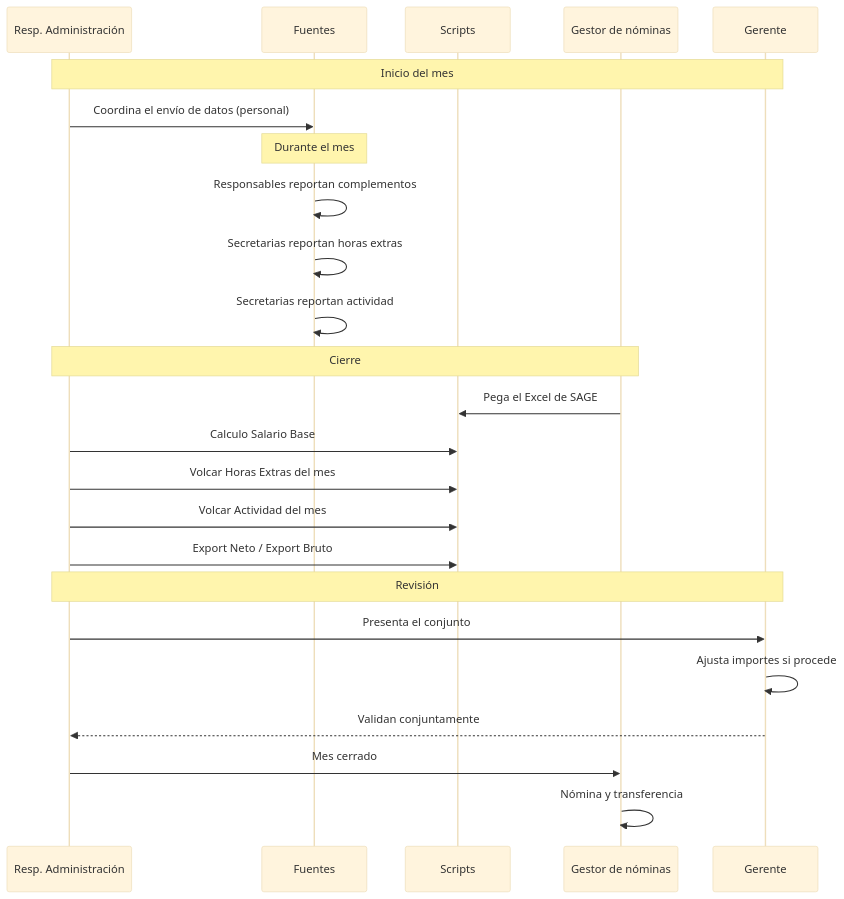
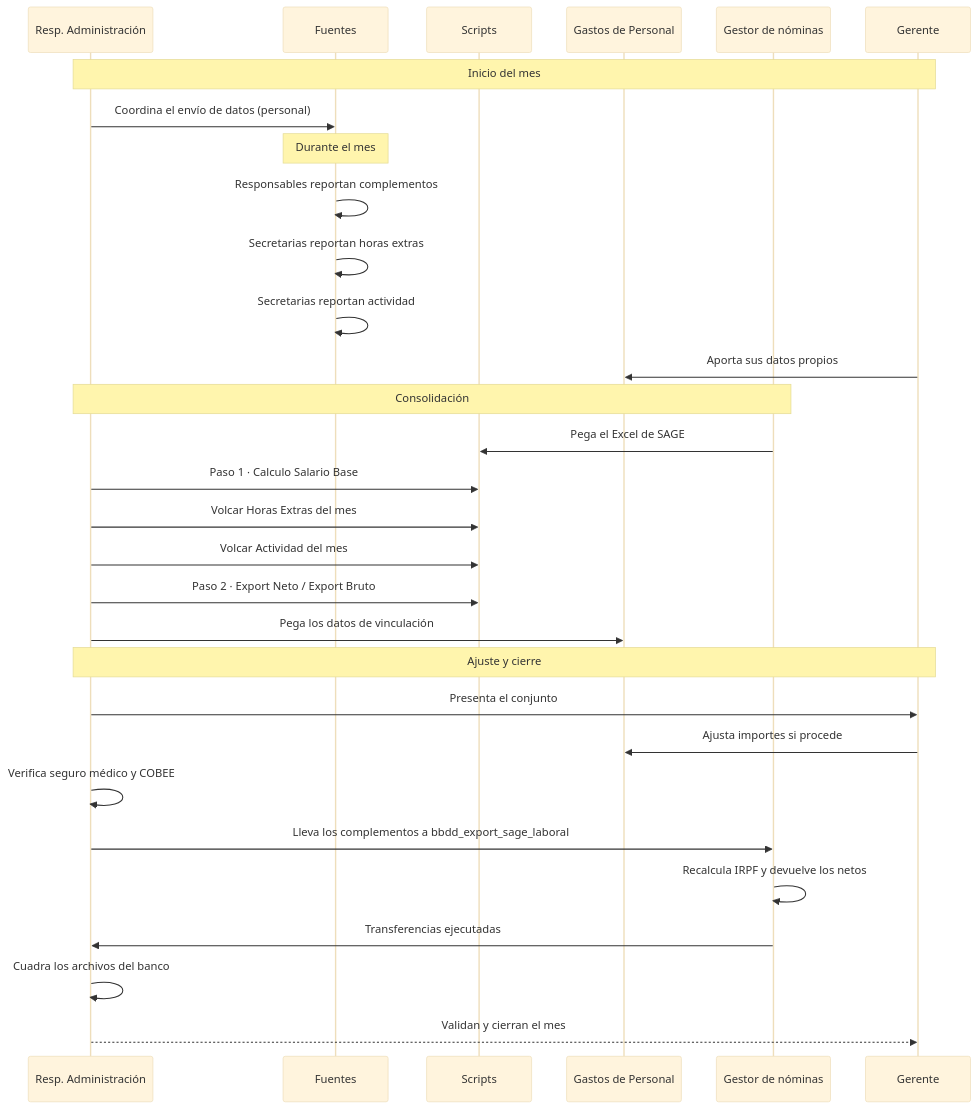
One commit to dev-GALA/Sistema_VAP changed the eighth of 8 diagrams in docs/FLUJO.md. Above: the diagram before and after it, drawn with Mermaid (base theme). The commit also changed other lines of this file and 53 other files, not shown here.

````diff
--- a/docs/FLUJO.md
+++ b/docs/FLUJO.md
@@ -393,30 +580,36 @@
 ```mermaid
 sequenceDiagram
     participant RA as Resp. Administración
     participant F as Fuentes
     participant S as Scripts
+    participant GP as Gastos de Personal
     participant GN as Gestor de nóminas
     participant G as Gerente
 
     Note over RA,G: Inicio del mes
     RA->>F: Coordina el envío de datos (personal)
 
     Note over F: Durante el mes
     F->>F: Responsables reportan complementos
     F->>F: Secretarias reportan horas extras
     F->>F: Secretarias reportan actividad
+    G->>GP: Aporta sus datos propios
 
-    Note over RA,GN: Cierre
+    Note over RA,GN: Consolidación
     GN->>S: Pega el Excel de SAGE
-    RA->>S: Calculo Salario Base
+    RA->>S: Paso 1 · Calculo Salario Base
     RA->>S: Volcar Horas Extras del mes
     RA->>S: Volcar Actividad del mes
-    RA->>S: Export Neto / Export Bruto
+    RA->>S: Paso 2 · Export Neto / Export Bruto
+    RA->>GP: Pega los datos de vinculación
 
-    Note over RA,G: Revisión
+    Note over RA,G: Ajuste y cierre
     RA->>G: Presenta el conjunto
-    G->>G: Ajusta importes si procede
-    G-->>RA: Validan conjuntamente
-    RA->>GN: Mes cerrado
-    GN->>GN: Nómina y transferencia
+    G->>GP: Ajusta importes si procede
+    RA->>RA: Verifica seguro médico y COBEE
+    RA->>GN: Lleva los complementos a bbdd_export_sage_laboral
+    GN->>GN: Recalcula IRPF y devuelve los netos
+    GN->>RA: Transferencias ejecutadas
+    RA->>RA: Cuadra los archivos del banco
+    RA-->>G: Validan y cierran el mes
 ```
````
